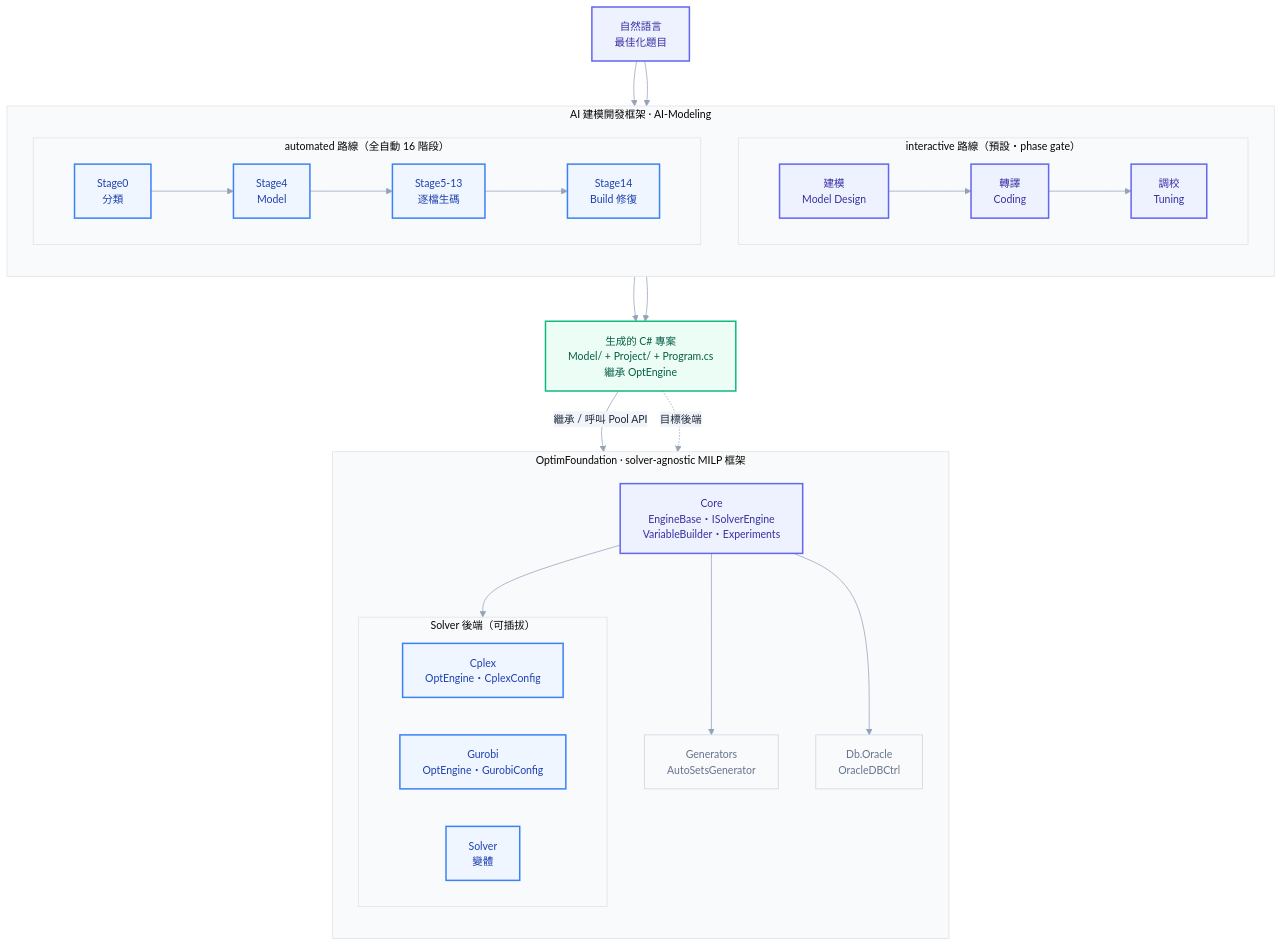
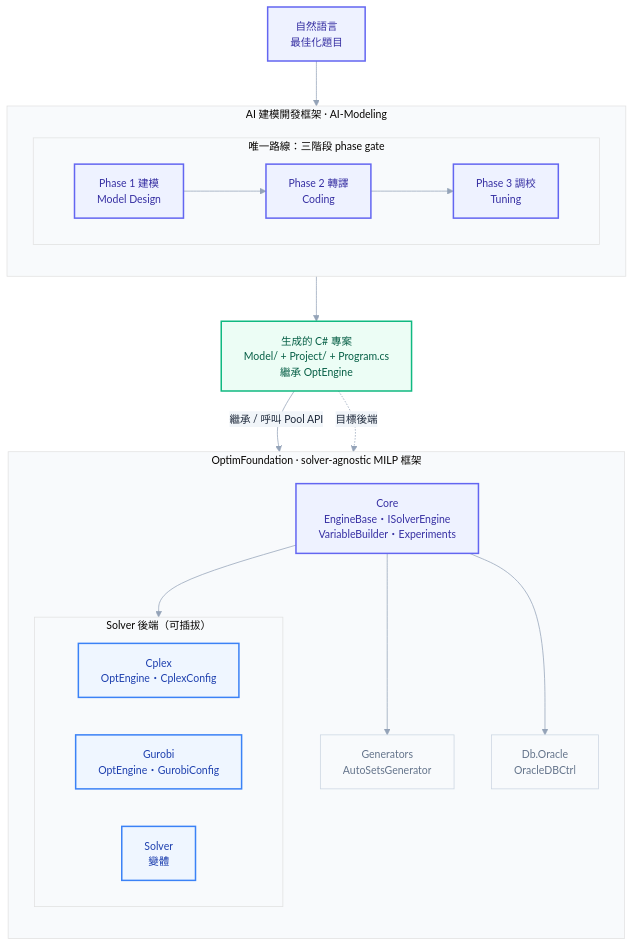
One commit to zxcbig7/LLMAutoModeling changed the diagram in tutorial(for developer)/framework-overview.md. Above: the diagram before and after it, drawn with Mermaid. The commit also changed other lines of this file and 119 other files, not shown here.

````diff
--- a/tutorial(for developer)/framework-overview.md
+++ b/tutorial(for developer)/framework-overview.md
@@ -5,64 +5,57 @@
 ```mermaid
 %%{init: {'theme':'base','themeVariables':{
   'fontFamily':'ui-sans-serif, -apple-system, Segoe UI, Roboto, sans-serif',
   'fontSize':'14px',
   'primaryColor':'#eef2ff',
   'primaryTextColor':'#1e293b',
   'primaryBorderColor':'#6366f1',
   'lineColor':'#94a3b8',
   'secondaryColor':'#f1f5f9',
   'tertiaryColor':'#f8fafc'
 },'flowchart':{'curve':'basis','nodeSpacing':50,'rankSpacing':60,'htmlLabels':true}}}%%
 flowchart TD
   IN["自然語言<br/>最佳化題目"]
 
   subgraph AI["AI 建模開發框架 · AI-Modeling"]
     direction TB
-    subgraph INT["interactive 路線（預設・phase gate）"]
+    subgraph INT["唯一路線：三階段 phase gate"]
       direction LR
-      M1["建模<br/>Model Design"] --> M2["轉譯<br/>Coding"] --> M3["調校<br/>Tuning"]
-    end
-    subgraph AUTO["automated 路線（全自動 16 階段）"]
-      direction LR
-      S0["Stage0<br/>分類"] --> S4["Stage4<br/>Model"] --> S5["Stage5-13<br/>逐檔生碼"] --> S14["Stage14<br/>Build 修復"]
+      M1["Phase 1 建模<br/>Model Design"] --> M2["Phase 2 轉譯<br/>Coding"] --> M3["Phase 3 調校<br/>Tuning"]
     end
   end
 
   CS["生成的 C# 專案<br/>Model/ + Project/ + Program.cs<br/>繼承 OptEngine"]
 
   subgraph OF["OptimFoundation · solver-agnostic MILP 框架"]
     direction TB
     CORE["Core<br/>EngineBase・ISolverEngine<br/>VariableBuilder・Experiments"]
     subgraph BACK["Solver 後端（可插拔）"]
       direction LR
       CPX["Cplex<br/>OptEngine・CplexConfig"]
       GRB["Gurobi<br/>OptEngine・GurobiConfig"]
       SLV["Solver<br/>變體"]
     end
     GEN["Generators<br/>AutoSetsGenerator"]
     DBO["Db.Oracle<br/>OracleDBCtrl"]
     CORE --> BACK
     CORE --> GEN
     CORE --> DBO
   end
 
   IN --> INT
-  IN --> AUTO
   INT --> CS
-  AUTO --> CS
   CS -->|"繼承 / 呼叫 Pool API"| CORE
   CS -.->|"目標後端"| CPX
 
   classDef primary fill:#eef2ff,stroke:#6366f1,stroke-width:2px,color:#3730a3;
   classDef success fill:#ecfdf5,stroke:#10b981,stroke-width:2px,color:#065f46;
   classDef accent fill:#eff6ff,stroke:#3b82f6,stroke-width:2px,color:#1e40af;
   classDef muted fill:#f8fafc,stroke:#cbd5e1,stroke-width:1px,color:#64748b;
 
   class IN primary;
   class M1,M2,M3 primary;
-  class S0,S4,S5,S14 accent;
   class CS success;
   class CORE primary;
   class CPX,GRB,SLV accent;
   class GEN,DBO muted;
 ```
````
